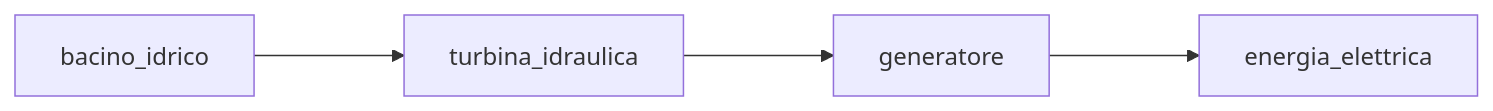
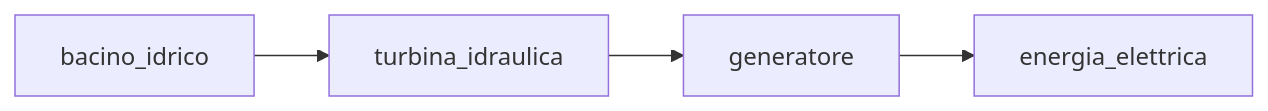
Before and after one commit to dennyb87/elettrotecnica-serale: the first of 3 diagrams in classe_3/sistemi/uda_2/consegne/C01_sistema_elettrico_energia.md, drawn with Mermaid. The commit also changed other lines of this file, not shown here.

````diff
--- a/classe_3/sistemi/uda_2/consegne/C01_sistema_elettrico_energia.md
+++ b/classe_3/sistemi/uda_2/consegne/C01_sistema_elettrico_energia.md
@@ -24,4 +24,4 @@
 ```mermaid
 flowchart LR
-    bacino_idrico--->turbina_idraulica--->generatore--->energia_elettrica
+    bacino_idrico-->turbina_idraulica-->generatore-->energia_elettrica
 ```  
````
